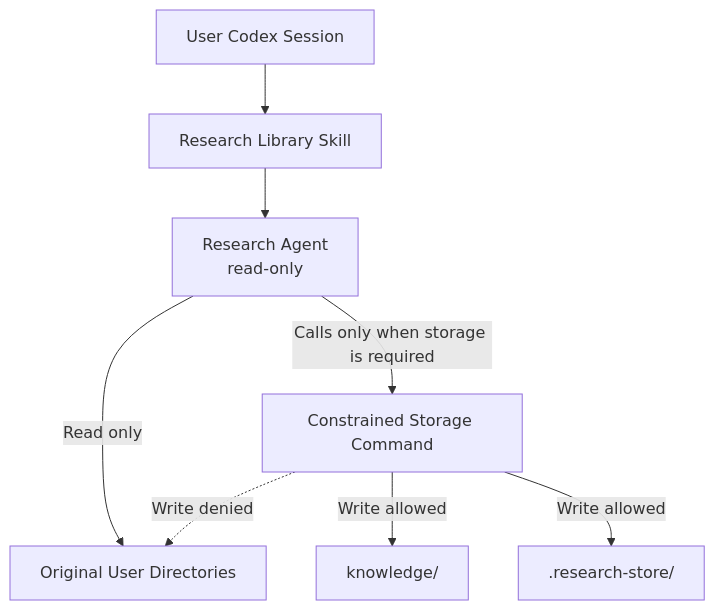
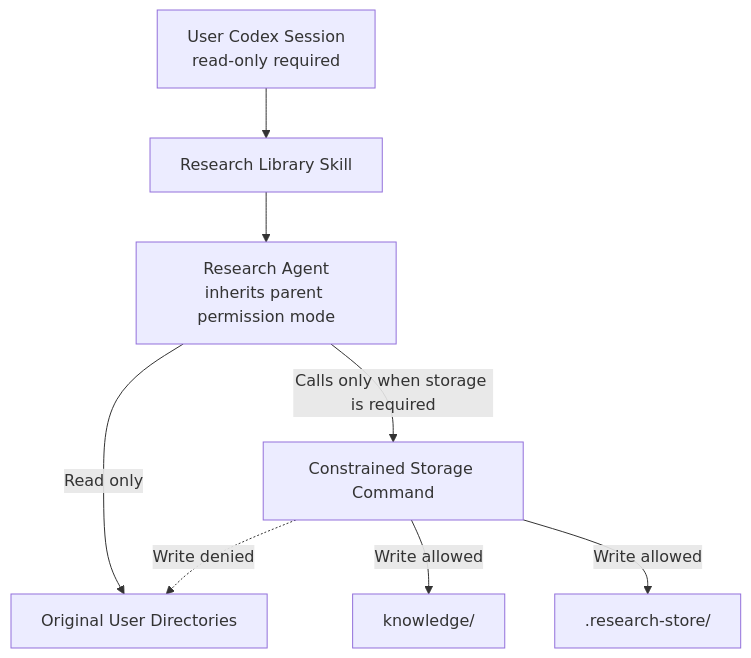
The first of 9 diagrams in docs/technical/README.en.md (LWH4Data/research-agent), drawn with Mermaid before and after one commit. The commit also changed other lines of this file and 39 other files, not shown here.

First line of the commit message:
Harden Research Agent storage and routing

````diff
--- a/docs/technical/README.en.md
+++ b/docs/technical/README.en.md
@@ -33,10 +34,10 @@
 ```mermaid
 flowchart TD
-    U[User Codex Session] --> S[Research Library Skill]
-    S --> A[Research Agent<br/>read-only]
+    U[User Codex Session<br/>read-only required] --> S[Research Library Skill]
+    S --> A[Research Agent<br/>inherits parent permission mode]
     A -->|Read only| P[Original User Directories]
     A -->|Calls only when storage is required| L[Constrained Storage Command]
     L -->|Write allowed| K[knowledge/]
     L -->|Write allowed| D[.research-store/]
     L -.->|Write denied| P
 ```
````
